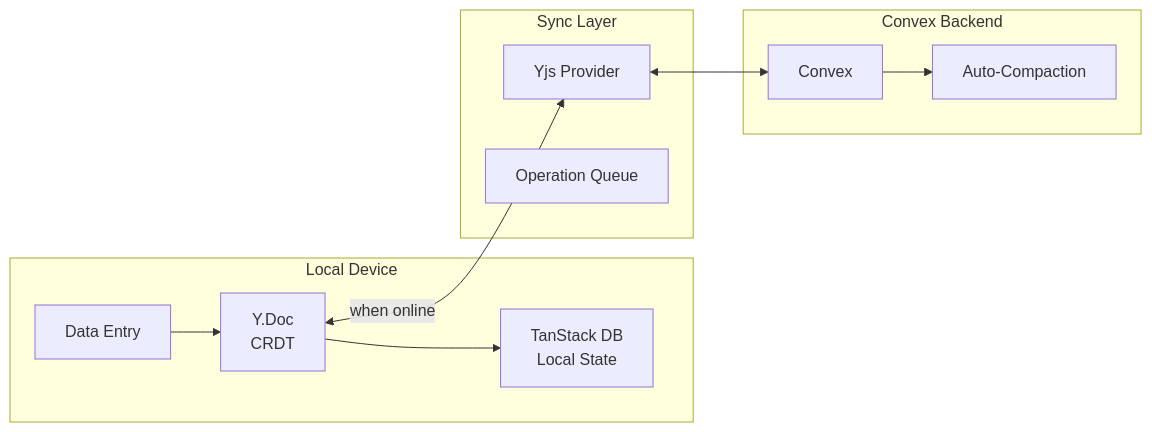
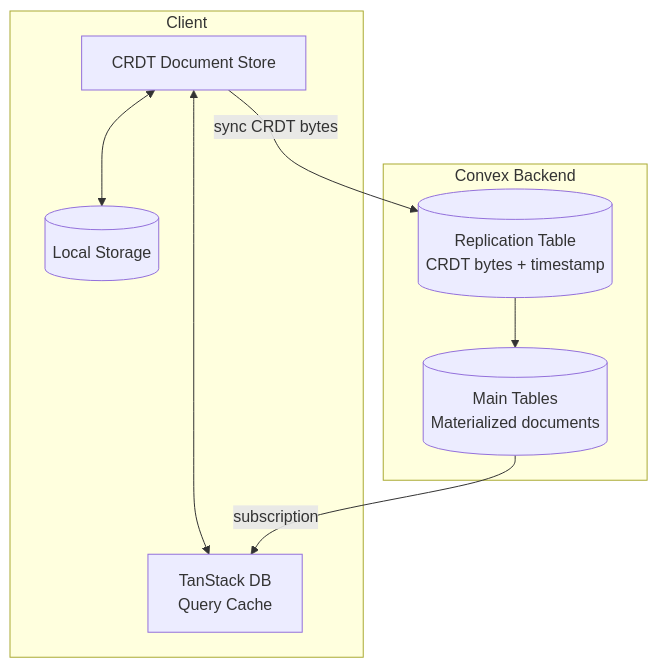
One commit to robelest/robelest changed the first of 5 diagrams in journal/2024-12-17-replicate-local-first.md. Above: the diagram before and after it, drawn with Mermaid. The commit also changed other lines of this file, not shown here.

````diff
--- a/journal/2024-12-17-replicate-local-first.md
+++ b/journal/2024-12-17-replicate-local-first.md
@@ -158,24 +446,19 @@
 ```mermaid
-flowchart LR
-    subgraph LOCAL["Local Device"]
-        FORM[Data Entry]
-        YDOC[Y.Doc<br/>CRDT]
-        TANSTACK[TanStack DB<br/>Local State]
+flowchart TB
+    subgraph CLIENT["Client"]
+        STORE[CRDT Document Store]
+        TANSTACK[TanStack DB<br/>Query Cache]
+        LOCAL[(Local Storage)]
     end
 
-    subgraph SYNC["Sync Layer"]
-        PROVIDER[Yjs Provider]
-        QUEUE[Operation Queue]
+    subgraph SERVER["Convex Backend"]
+        COMPONENT[(Replication Table<br/>CRDT bytes + timestamp)]
+        MAIN[(Main Tables<br/>Materialized documents)]
     end
 
-    subgraph CLOUD["Convex Backend"]
-        CONVEX[Convex]
-        COMPACT[Auto-Compaction]
-    end
-
-    FORM --> YDOC
-    YDOC --> TANSTACK
-    YDOC <-->|"when online"| PROVIDER
-    PROVIDER <--> CONVEX
-    CONVEX --> COMPACT
+    STORE <--> TANSTACK
+    STORE <--> LOCAL
+    STORE -->|"sync CRDT bytes"| COMPONENT
+    COMPONENT --> MAIN
+    MAIN -->|"subscription"| TANSTACK
 ```
````
